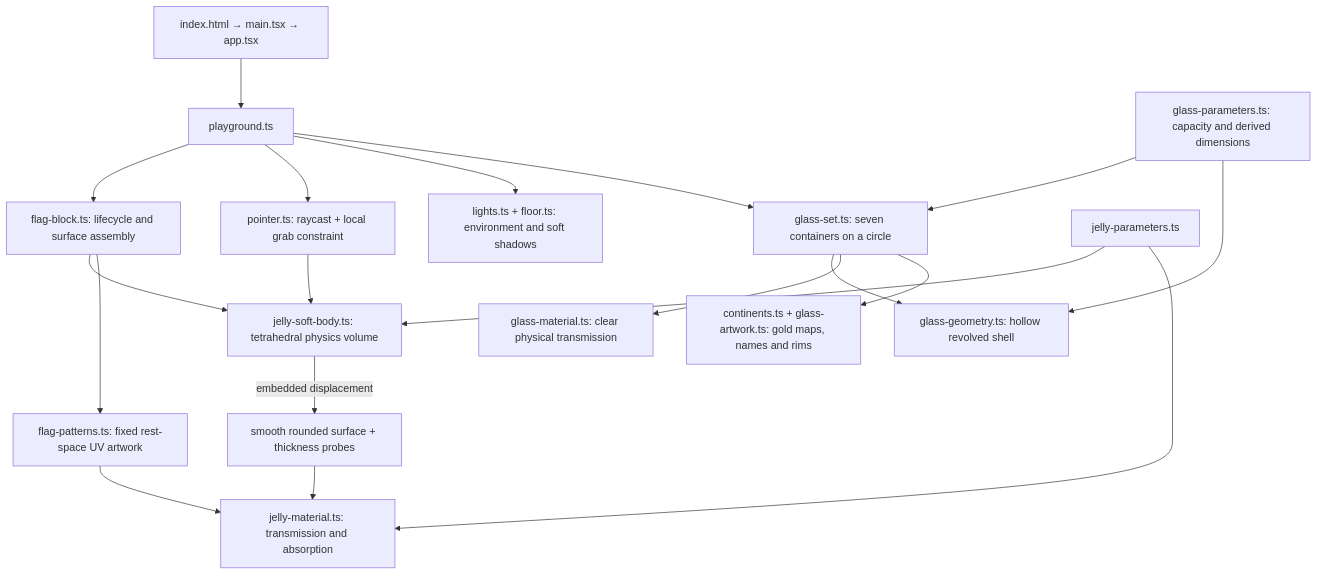
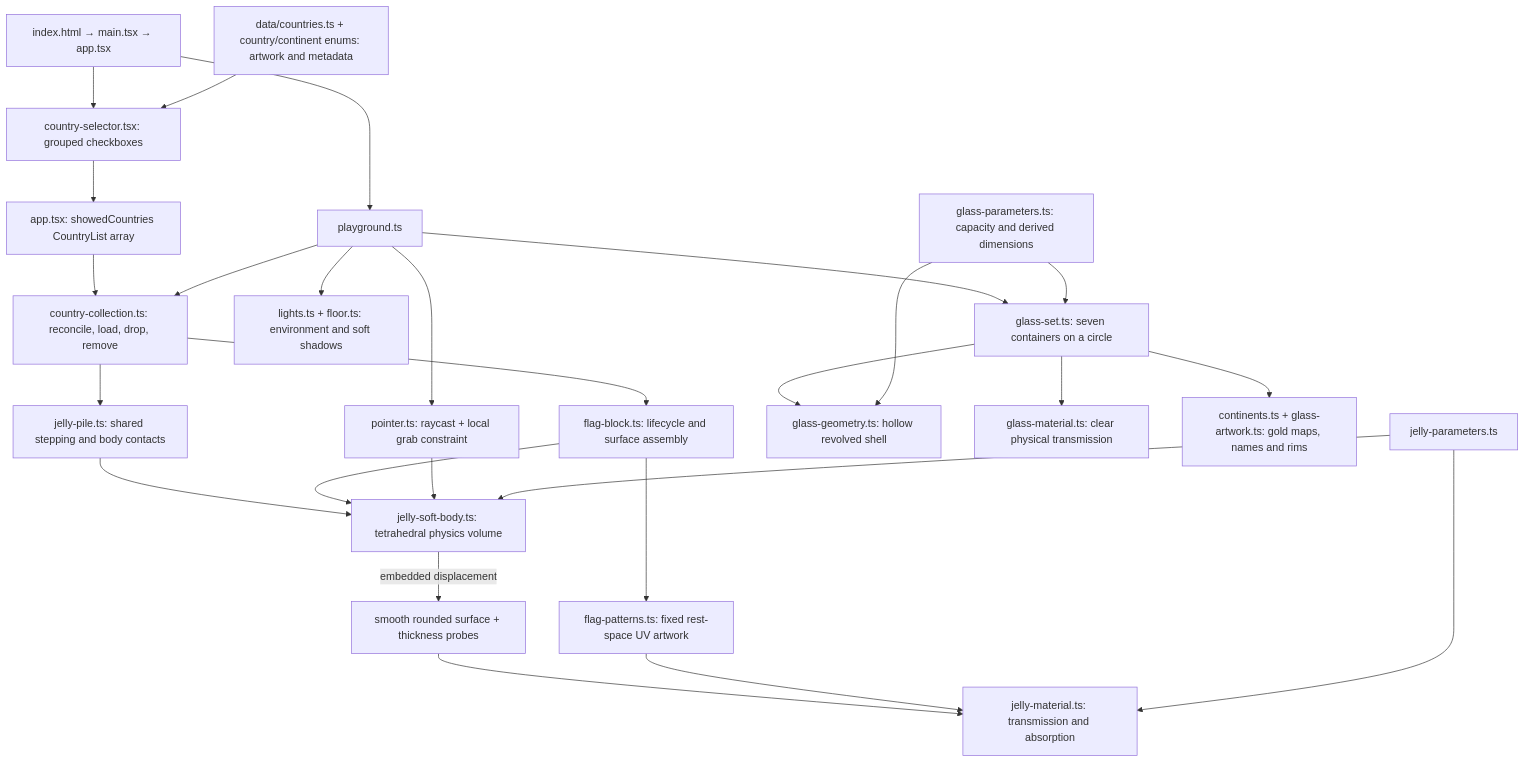
Before and after one commit to arvikachristy/semesta: the diagram in README.md, drawn with Mermaid. The commit also changed other lines of this file and 26 other files, not shown here.

Commit message:
feat: select country jellies with continent checklist

````diff
--- a/README.md
+++ b/README.md
@@ -24,21 +24,28 @@
 ```mermaid
 flowchart TD
   entry["index.html → main.tsx → app.tsx"] --> scene["playground.ts"]
-  scene --> block["flag-block.ts: lifecycle and surface assembly"]
+  entry --> selector["country-selector.tsx: grouped checkboxes"]
+  registry["data/countries.ts + country/continent enums: artwork and metadata"] --> selector
+  selector --> selected["app.tsx: showedCountries CountryList array"]
+  selected --> collection["country-collection.ts: reconcile, load, drop, remove"]
+  scene --> collection
+  collection --> block["flag-block.ts: lifecycle and surface assembly"]
+  collection --> pile["jelly-pile.ts: shared stepping and body contacts"]
+  pile --> volume
   block --> volume["jelly-soft-body.ts: tetrahedral physics volume"]
   volume -->|embedded displacement| surface["smooth rounded surface + thickness probes"]
   block --> pattern["flag-patterns.ts: fixed rest-space UV artwork"]
   surface --> material["jelly-material.ts: transmission and absorption"]
   pattern --> material
   scene --> input["pointer.ts: raycast + local grab constraint"]
   input --> volume
   scene --> lighting["lights.ts + floor.ts: environment and soft shadows"]
   scene --> glasses["glass-set.ts: seven containers on a circle"]
   glasses --> glassGeometry["glass-geometry.ts: hollow revolved shell"]
   glasses --> glassMaterial["glass-material.ts: clear physical transmission"]
   glasses --> continentArt["continents.ts + glass-artwork.ts: gold maps, names and rims"]
   glassConfig["glass-parameters.ts: capacity and derived dimensions"] --> glasses
   glassConfig --> glassGeometry
   config["jelly-parameters.ts"] --> volume
   config --> material
 ```
````
